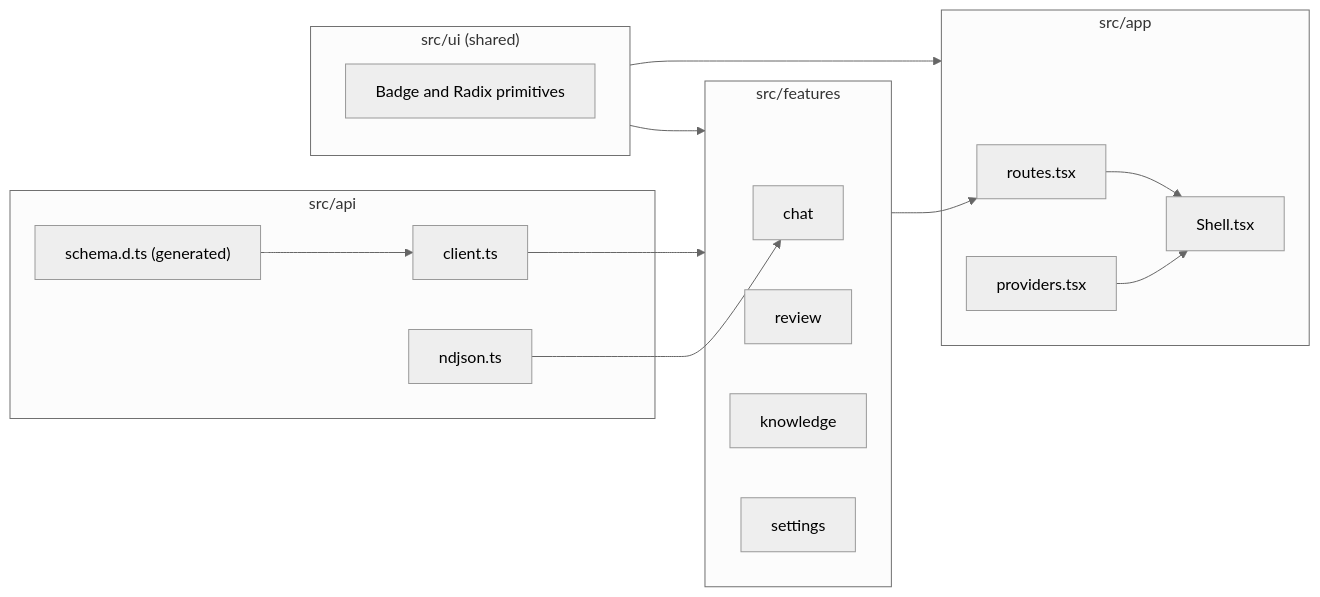
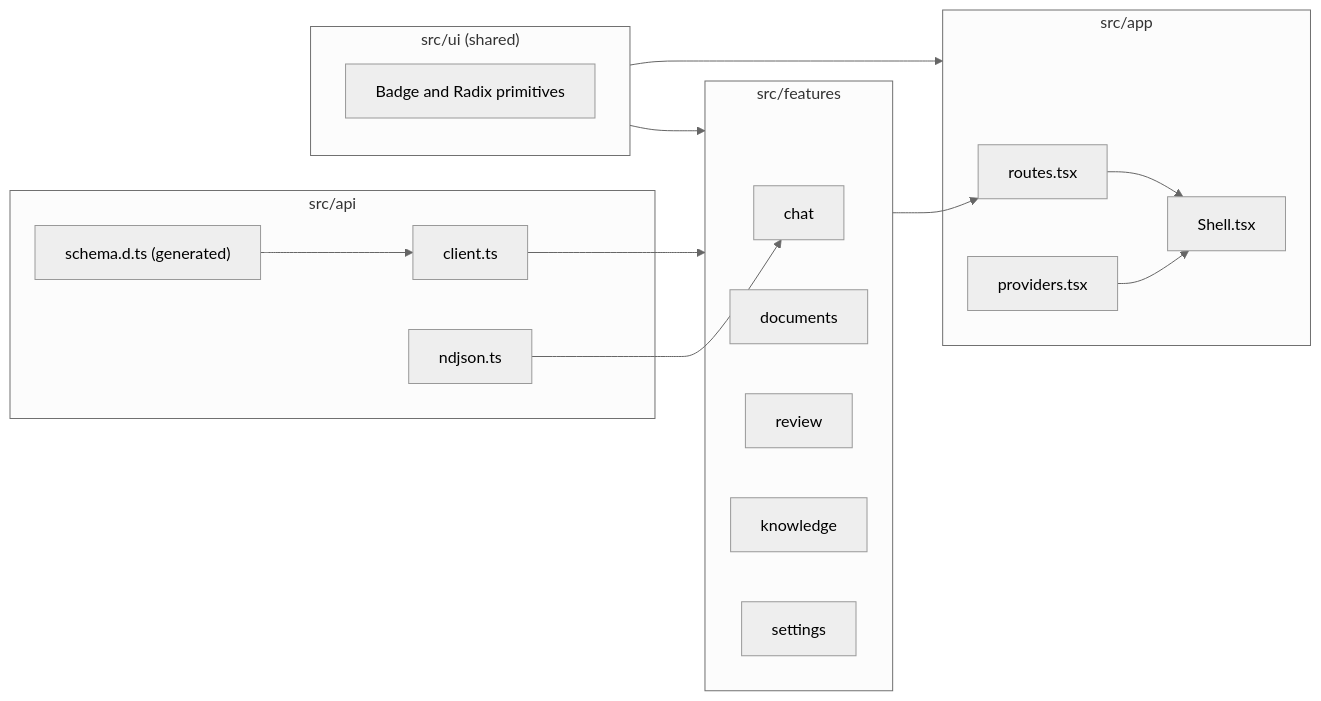
One commit to SelfishCoconut/cvforge changed the diagram in docs/architecture/frontend.md. Above: the diagram before and after it, drawn with Mermaid (neutral theme). The commit also changed 10 other files, not shown here.

````diff
--- a/docs/architecture/frontend.md
+++ b/docs/architecture/frontend.md
@@ -51,30 +51,31 @@
 ```mermaid
 flowchart LR
   subgraph api["src/api"]
     schema["schema.d.ts (generated)"]
     client["client.ts"]
     ndjson["ndjson.ts"]
   end
   subgraph ui["src/ui (shared)"]
     prim["Badge and Radix primitives"]
   end
   subgraph features["src/features"]
     chat
+    documents
     review
     knowledge
     settings
   end
   subgraph app["src/app"]
     routes["routes.tsx"]
     shell["Shell.tsx"]
     providers["providers.tsx"]
   end
   schema --> client
   client --> features
   ndjson --> chat
   ui --> features
   ui --> app
   features --> routes
   routes --> shell
   providers --> shell
 ```
````
